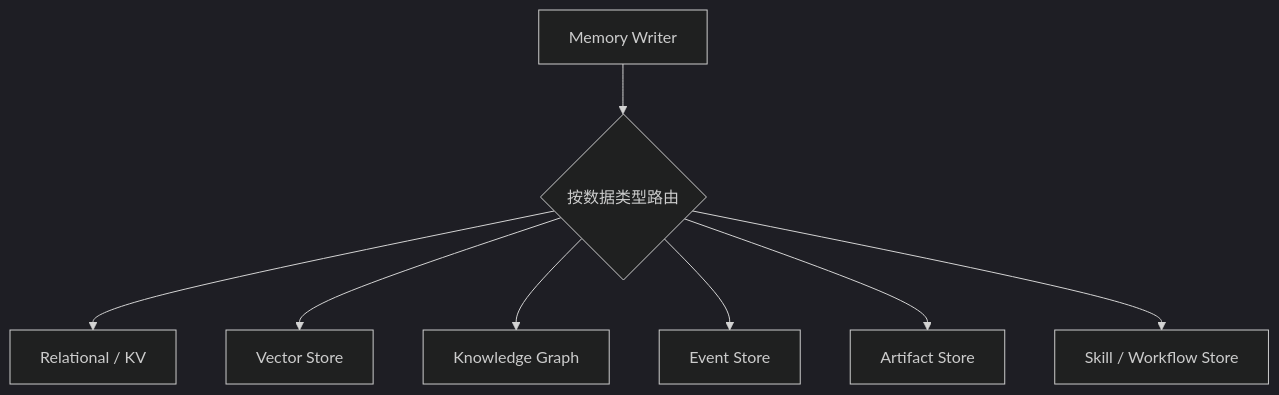
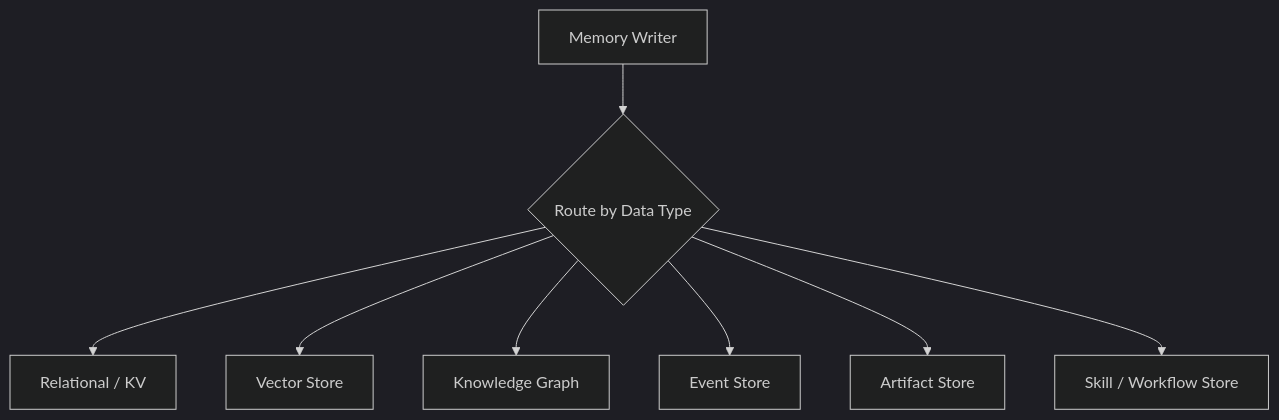
One commit to oneleaveknowsthefall/awesome-ai-roadmap changed the seventh of 15 diagrams in docs/agent/03-memory-context/07-agent-memory.md. Above: the diagram before and after it, drawn with Mermaid (dark theme). The commit also changed other lines of this file and 68 other files, not shown here.

````diff
--- a/docs/agent/03-memory-context/07-agent-memory.md
+++ b/docs/agent/03-memory-context/07-agent-memory.md
@@ -379,10 +379,10 @@
 ```mermaid
 flowchart TB
-    MW[Memory Writer] --> ROUTE{按数据类型路由}
+    MW[Memory Writer] --> ROUTE{Route by Data Type}
     ROUTE --> REL[Relational / KV]
     ROUTE --> VEC[Vector Store]
     ROUTE --> GRAPH[Knowledge Graph]
     ROUTE --> EVENT[Event Store]
     ROUTE --> ART[Artifact Store]
     ROUTE --> SKILL[Skill / Workflow Store]
 ```
````
